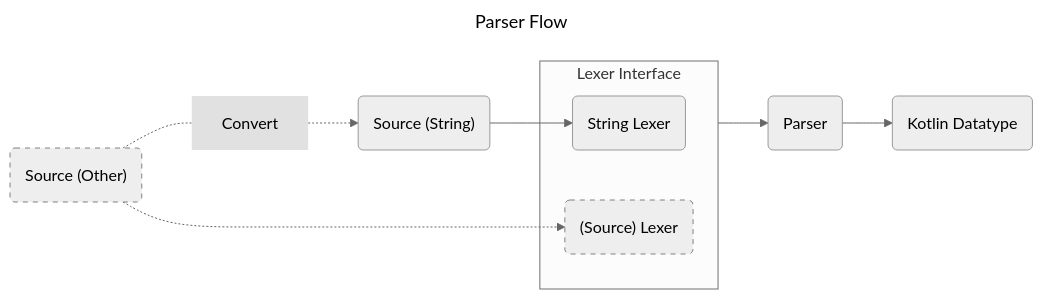
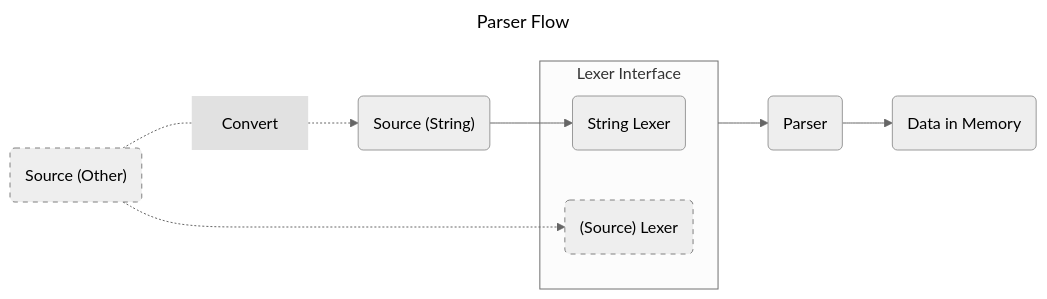
One commit to QuickWrite/KotlinJsonParser changed the diagram in README.md. Above: the diagram before and after it, drawn with Mermaid (neutral theme). The commit also changed other lines of this file, not shown here.

````diff
--- a/README.md
+++ b/README.md
@@ -14,23 +17,23 @@
 ```mermaid
 ---
 title: Parser Flow
 ---
 
 graph LR;
     S("Source (String)")-->L;
     O("Source (Other)")-.- Convert -.->S;
     O-.->LT;
 
     subgraph LI[Lexer Interface]
     L(String Lexer);
     LT("(Source) Lexer");
     end
 
     LI-->P(Parser);
-    P-->D(Kotlin Datatype)
+    P-->D(Data in Memory)
     
     style Convert fill:#e1e1e1,stroke:none
     style LT stroke:#808080,stroke-dasharray: 5 5
     style O stroke:#808080,stroke-dasharray: 5 5
 
 ```
````
